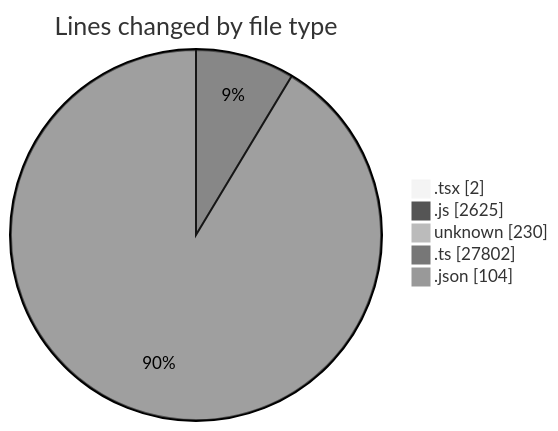
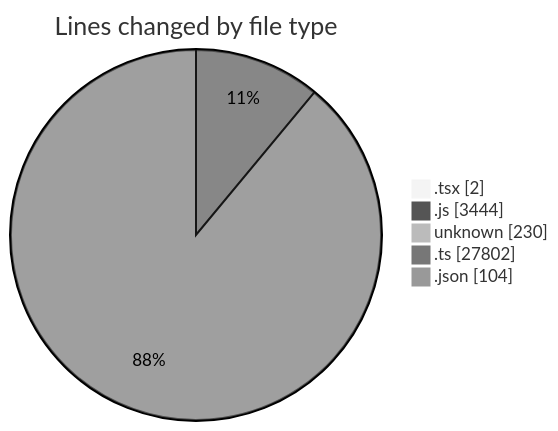
One commit to momahboobian/code-tracking changed the first of 2 diagrams in 2026-05-06/cda/README.md. Above: the diagram before and after it, drawn with Mermaid (neutral theme). The commit also changed other lines of this file and 1 other file, not shown here.

````diff
--- a/2026-05-06/cda/README.md
+++ b/2026-05-06/cda/README.md
@@ -36,9 +37,9 @@
 ```mermaid
 pie showData
 title Lines changed by file type
 ".tsx" : 2
-".js" : 2625
+".js" : 3444
 "unknown" : 230
 ".ts" : 27802
 ".json" : 104
 ```
````
